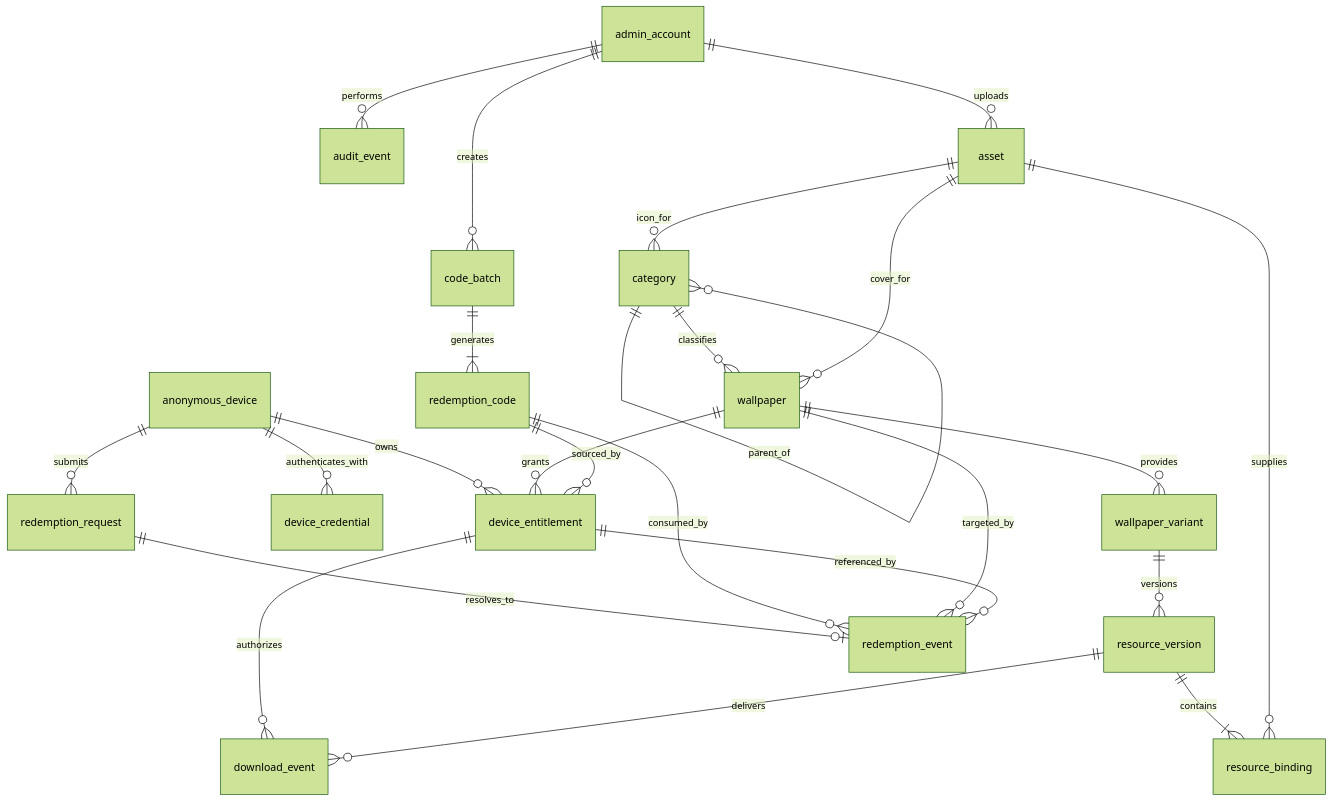
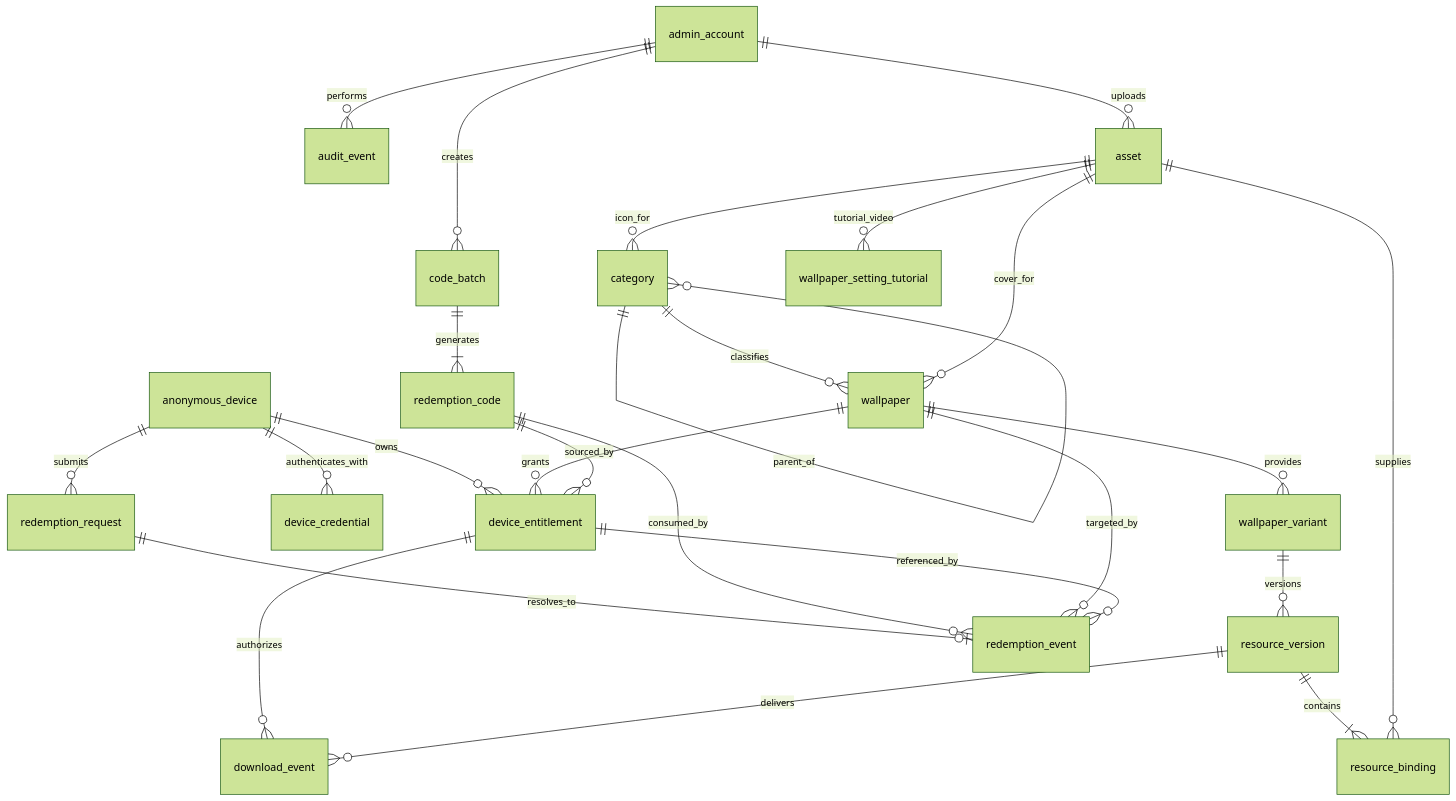
One commit to Jerry1254/wallpapersapp changed the diagram in docs/03-数据设计/DB-001-MySQL数据库设计.md. Above: the diagram before and after it, drawn with Mermaid (forest theme). The commit also changed other lines of this file and 48 other files, not shown here.

Commit message:
feat(api): complete wallpaper setting tutorials and acceptance

```diff
--- a/docs/03-数据设计/DB-001-MySQL数据库设计.md
+++ b/docs/03-数据设计/DB-001-MySQL数据库设计.md
@@ -40,30 +40,31 @@
 ~~~mermaid
 erDiagram
     admin_account ||--o{ code_batch : creates
     admin_account ||--o{ audit_event : performs
     admin_account ||--o{ asset : uploads
 
     asset ||--o{ category : icon_for
     category ||--o{ category : parent_of
     category ||--o{ wallpaper : classifies
     asset ||--o{ wallpaper : cover_for
     wallpaper ||--o{ wallpaper_variant : provides
     wallpaper_variant ||--o{ resource_version : versions
     resource_version ||--|{ resource_binding : contains
     asset ||--o{ resource_binding : supplies
+    asset ||--o{ wallpaper_setting_tutorial : tutorial_video
 
     anonymous_device ||--o{ device_credential : authenticates_with
     code_batch ||--|{ redemption_code : generates
     anonymous_device ||--o{ device_entitlement : owns
     wallpaper ||--o{ device_entitlement : grants
     redemption_code ||--o{ device_entitlement : sourced_by
 
     anonymous_device ||--o{ redemption_request : submits
     redemption_request ||--o| redemption_event : resolves_to
     redemption_code ||--o{ redemption_event : consumed_by
     wallpaper ||--o{ redemption_event : targeted_by
     device_entitlement ||--o{ redemption_event : referenced_by
 
     device_entitlement ||--o{ download_event : authorizes
     resource_version ||--o{ download_event : delivers
 ~~~
```
